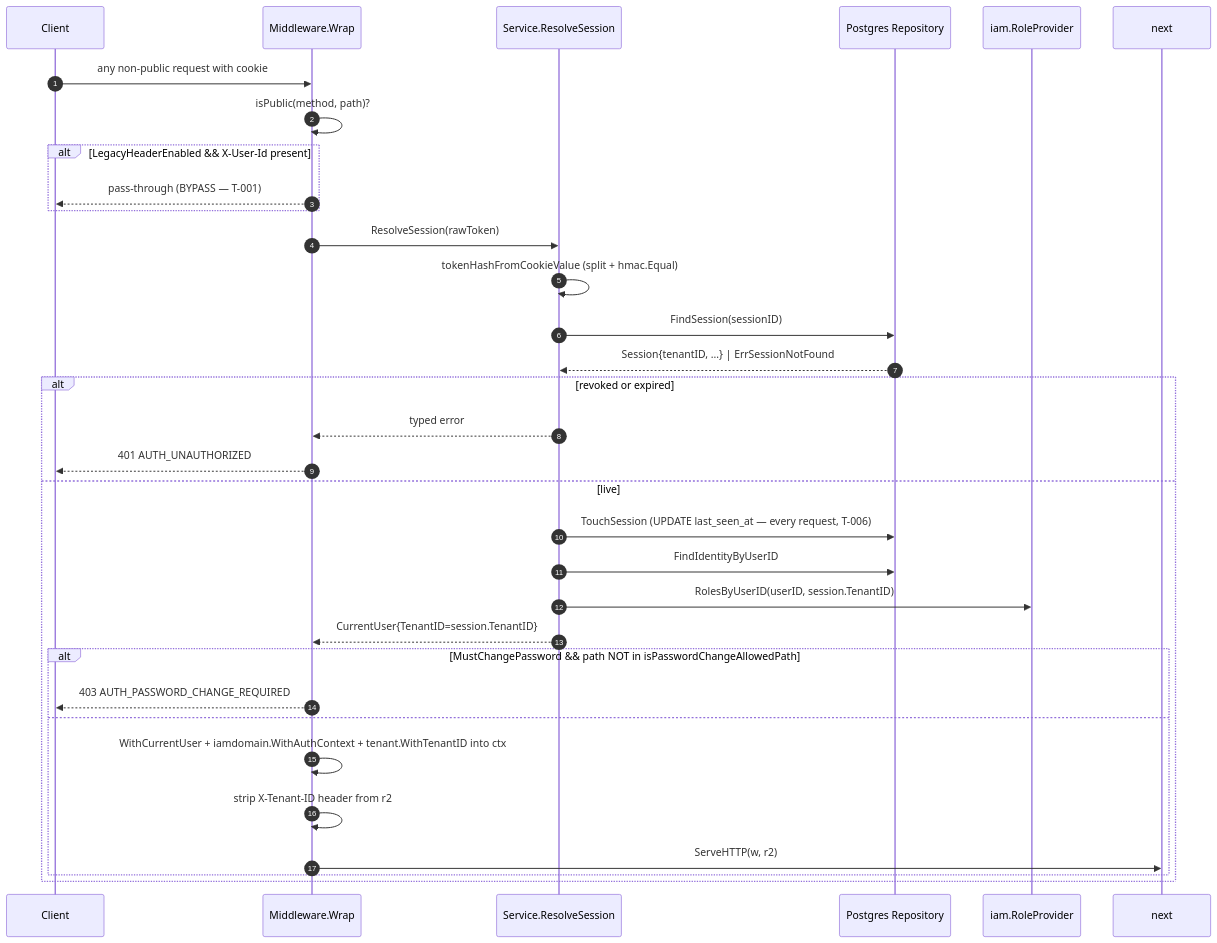
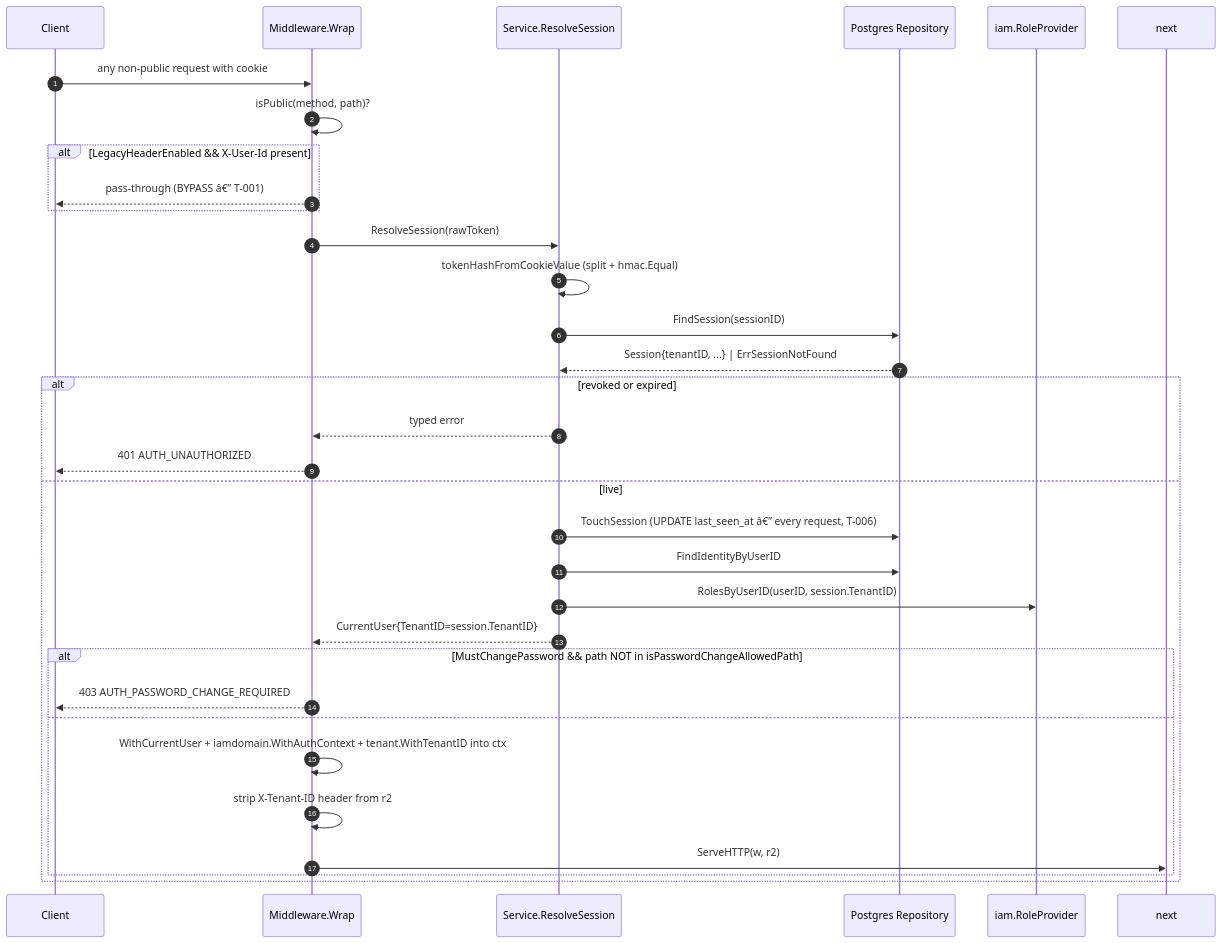
One commit to developmentconexus-ops/MetalDocs changed the fourth of 5 diagrams in wiki/modules/auth.md. Above: the diagram before and after it, drawn with Mermaid. The commit also changed other lines of this file and 12 other files, not shown here.

````diff
--- a/wiki/modules/auth.md
+++ b/wiki/modules/auth.md
@@ -259,34 +259,34 @@
 ```mermaid
 sequenceDiagram
     autonumber
     participant C as Client
     participant MW as Middleware.Wrap
     participant S as Service.ResolveSession
     participant R as Postgres Repository
     participant IAM as iam.RoleProvider
     C->>MW: any non-public request with cookie
     MW->>MW: isPublic(method, path)?
     alt LegacyHeaderEnabled && X-User-Id present
-        MW-->>C: pass-through (BYPASS — T-001)
+        MW-->>C: pass-through (BYPASS â€” T-001)
     end
     MW->>S: ResolveSession(rawToken)
     S->>S: tokenHashFromCookieValue (split + hmac.Equal)
     S->>R: FindSession(sessionID)
     R-->>S: Session{tenantID, ...} | ErrSessionNotFound
     alt revoked or expired
         S-->>MW: typed error
         MW-->>C: 401 AUTH_UNAUTHORIZED
     else live
-        S->>R: TouchSession (UPDATE last_seen_at — every request, T-006)
+        S->>R: TouchSession (UPDATE last_seen_at â€” every request, T-006)
         S->>R: FindIdentityByUserID
         S->>IAM: RolesByUserID(userID, session.TenantID)
         S-->>MW: CurrentUser{TenantID=session.TenantID}
         alt MustChangePassword && path NOT in isPasswordChangeAllowedPath
             MW-->>C: 403 AUTH_PASSWORD_CHANGE_REQUIRED
         else
             MW->>MW: WithCurrentUser + iamdomain.WithAuthContext + tenant.WithTenantID into ctx
             MW->>MW: strip X-Tenant-ID header from r2
             MW->>next: ServeHTTP(w, r2)
         end
     end
 ```
````
